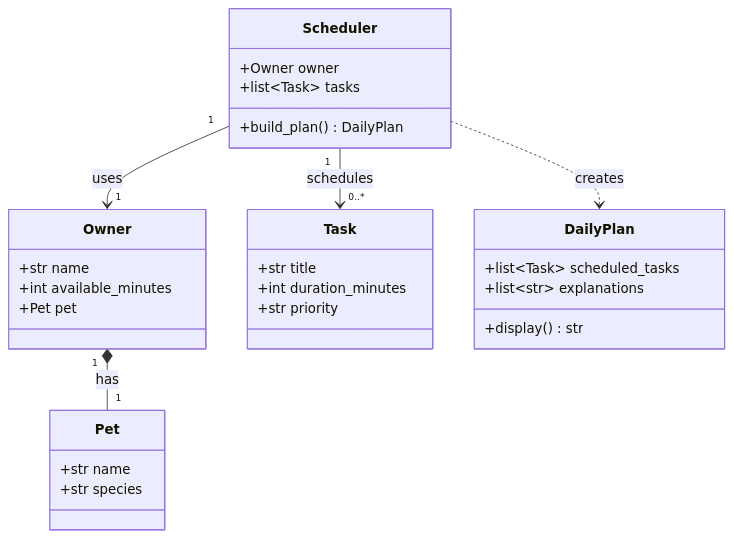
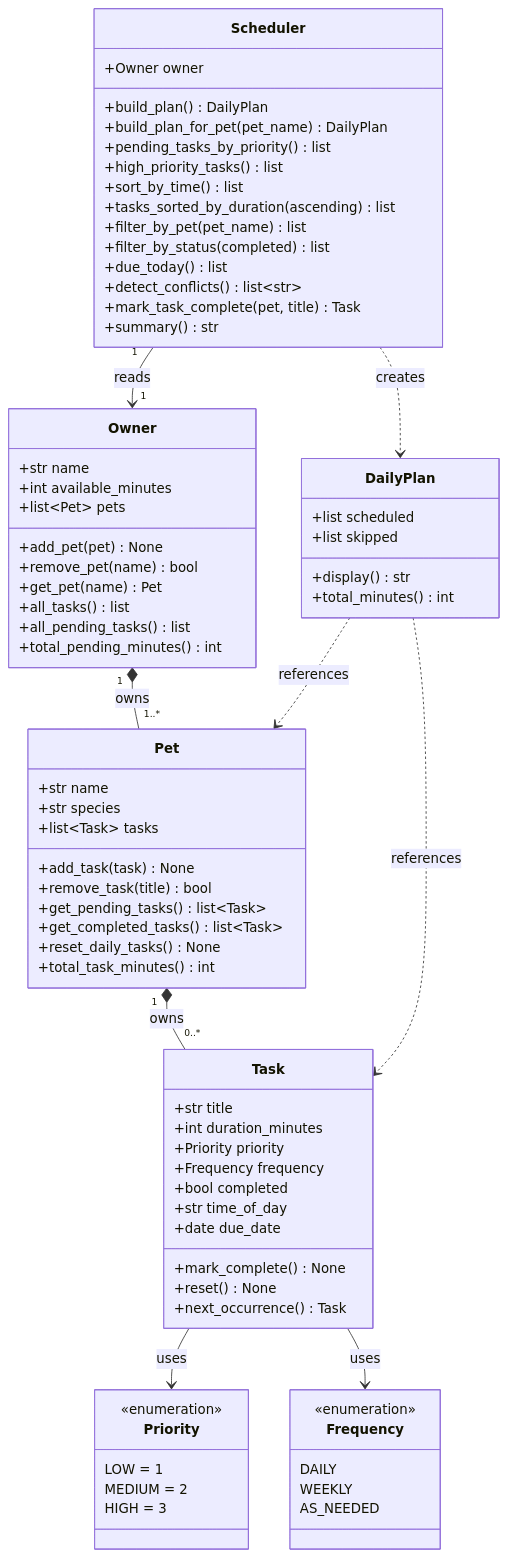
Before and after one commit to aryansi225/ai110-module2show-pawpal-starter: the diagram in reflection.md, drawn with Mermaid. The commit also changed other lines of this file and 6 other files, not shown here.

````diff
--- a/reflection.md
+++ b/reflection.md
@@ -15,36 +15,85 @@
 ```mermaid
 classDiagram
-    class Owner {
-        +str name
-        +int available_minutes
-        +Pet pet
+    class Priority {
+        <<enumeration>>
+        LOW = 1
+        MEDIUM = 2
+        HIGH = 3
+    }
+
+    class Frequency {
+        <<enumeration>>
+        DAILY
+        WEEKLY
+        AS_NEEDED
+    }
+
+    class Task {
+        +str title
+        +int duration_minutes
+        +Priority priority
+        +Frequency frequency
+        +bool completed
+        +str time_of_day
+        +date due_date
+        +mark_complete() None
+        +reset() None
+        +next_occurrence() Task
     }
 
     class Pet {
         +str name
         +str species
+        +list~Task~ tasks
+        +add_task(task) None
+        +remove_task(title) bool
+        +get_pending_tasks() list~Task~
+        +get_completed_tasks() list~Task~
+        +reset_daily_tasks() None
+        +total_task_minutes() int
     }
 
-    class Task {
-        +str title
-        +int duration_minutes
-        +str priority
+    class Owner {
+        +str name
+        +int available_minutes
+        +list~Pet~ pets
+        +add_pet(pet) None
+        +remove_pet(name) bool
+        +get_pet(name) Pet
+        +all_tasks() list
+        +all_pending_tasks() list
+        +total_pending_minutes() int
     }
 
     class Scheduler {
         +Owner owner
-        +list~Task~ tasks
         +build_plan() DailyPlan
+        +build_plan_for_pet(pet_name) DailyPlan
+        +pending_tasks_by_priority() list
+        +high_priority_tasks() list
+        +sort_by_time() list
+        +tasks_sorted_by_duration(ascending) list
+        +filter_by_pet(pet_name) list
+        +filter_by_status(completed) list
+        +due_today() list
+        +detect_conflicts() list~str~
+        +mark_task_complete(pet, title) Task
+        +summary() str
     }
 
     class DailyPlan {
-        +list~Task~ scheduled_tasks
-        +list~str~ explanations
+        +list scheduled
+        +list skipped
         +display() str
+        +total_minutes() int
     }
 
-    Owner "1" *-- "1" Pet : has
-    Scheduler "1" --> "1" Owner : uses
-    Scheduler "1" --> "0..*" Task : schedules
+    Task --> Priority : uses
+    Task --> Frequency : uses
+    Pet "1" *-- "0..*" Task : owns
+    Owner "1" *-- "1..*" Pet : owns
+    Scheduler "1" --> "1" Owner : reads
     Scheduler ..> DailyPlan : creates
+    DailyPlan ..> Pet : references
+    DailyPlan ..> Task : references
 ```
````
